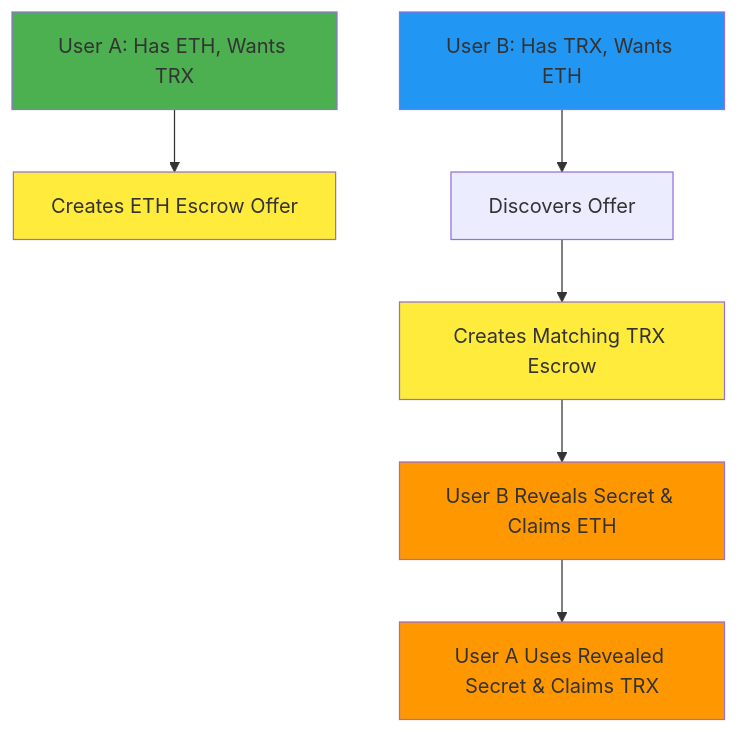
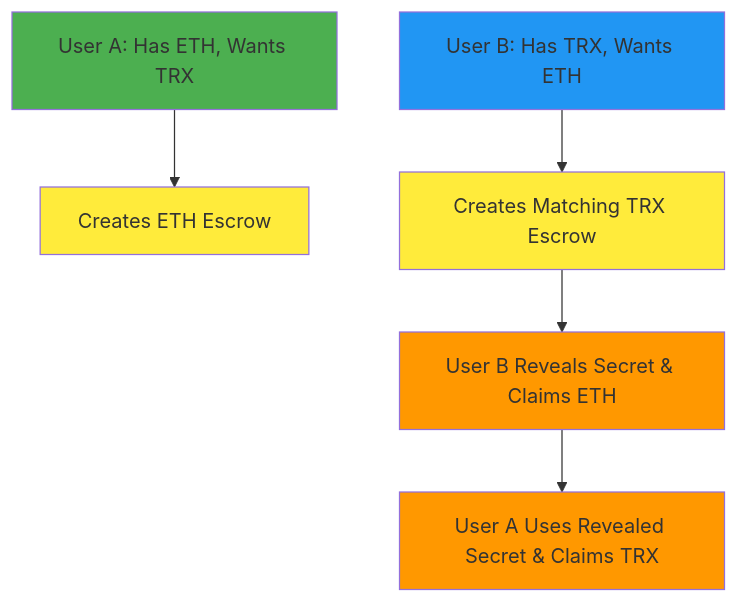
One commit to JingYuan0926/unite changed the diagram in tron/fusion-tron-main/ProperSwap.md. Above: the diagram before and after it, drawn with Mermaid. The commit also changed other lines of this file, not shown here.

````diff
--- a/tron/fusion-tron-main/ProperSwap.md
+++ b/tron/fusion-tron-main/ProperSwap.md
@@ -70,15 +156,14 @@
 ```mermaid
 graph TD
-    A[User A: Has ETH, Wants TRX] --> B[Creates ETH Escrow Offer]
-    C[User B: Has TRX, Wants ETH] --> D[Discovers Offer]
-    D --> E[Creates Matching TRX Escrow]
-    E --> F[User B Reveals Secret & Claims ETH]
-    F --> G[User A Uses Revealed Secret & Claims TRX]
+    A[User A: Has ETH, Wants TRX] --> B[Creates ETH Escrow]
+    C[User B: Has TRX, Wants ETH] --> D[Creates Matching TRX Escrow]
+    D --> E[User B Reveals Secret & Claims ETH]
+    E --> F[User A Uses Revealed Secret & Claims TRX]
 
     style A fill:#4CAF50
     style C fill:#2196F3
     style B fill:#ffeb3b
-    style E fill:#ffeb3b
+    style D fill:#ffeb3b
+    style E fill:#ff9800
     style F fill:#ff9800
-    style G fill:#ff9800
 ```
````
